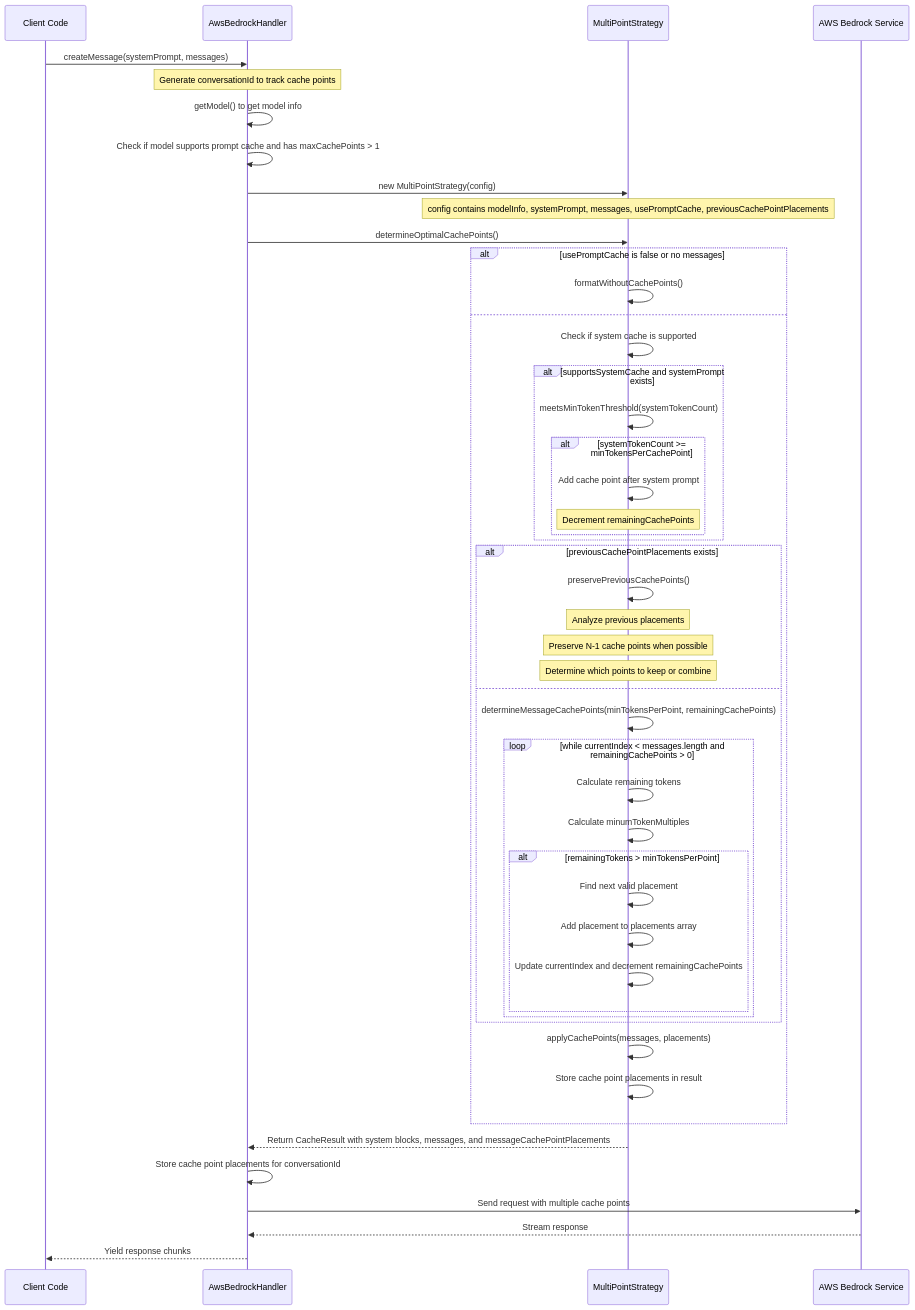
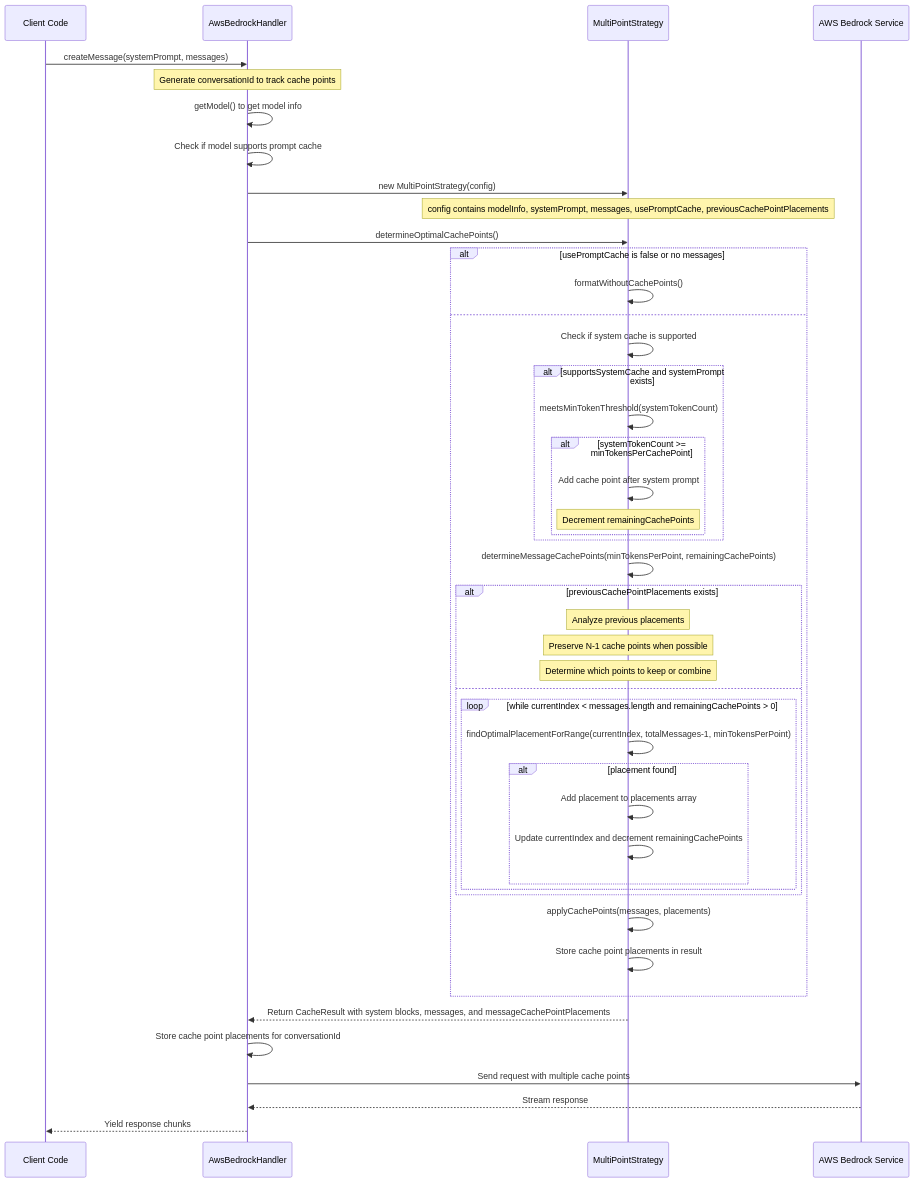
The second of 2 diagrams in cline_docs/bedrock-cache-strategy-documentation.md (Smartsheet-JB-Brown/Roo-Code), drawn with Mermaid before and after one commit. The commit also changed other lines of this file and 3 other files, not shown here.

Commit message:
simplified initial cachePoint logic

````diff
--- a/cline_docs/bedrock-cache-strategy-documentation.md
+++ b/cline_docs/bedrock-cache-strategy-documentation.md
@@ -157,57 +87,54 @@
 ```mermaid
 sequenceDiagram
     participant Client as Client Code
     participant Bedrock as AwsBedrockHandler
     participant Strategy as MultiPointStrategy
     participant AWS as AWS Bedrock Service
 
     Client->>Bedrock: createMessage(systemPrompt, messages)
     Note over Bedrock: Generate conversationId to track cache points
     Bedrock->>Bedrock: getModel() to get model info
-    Bedrock->>Bedrock: Check if model supports prompt cache and has maxCachePoints > 1
+    Bedrock->>Bedrock: Check if model supports prompt cache
 
     Bedrock->>Strategy: new MultiPointStrategy(config)
     Note over Strategy: config contains modelInfo, systemPrompt, messages, usePromptCache, previousCachePointPlacements
 
     Bedrock->>Strategy: determineOptimalCachePoints()
 
     alt usePromptCache is false or no messages
         Strategy->>Strategy: formatWithoutCachePoints()
     else
         Strategy->>Strategy: Check if system cache is supported
         alt supportsSystemCache and systemPrompt exists
             Strategy->>Strategy: meetsMinTokenThreshold(systemTokenCount)
             alt systemTokenCount >= minTokensPerCachePoint
                 Strategy->>Strategy: Add cache point after system prompt
                 Note over Strategy: Decrement remainingCachePoints
             end
         end
 
+        Strategy->>Strategy: determineMessageCachePoints(minTokensPerPoint, remainingCachePoints)
         alt previousCachePointPlacements exists
-            Strategy->>Strategy: preservePreviousCachePoints()
             Note over Strategy: Analyze previous placements
             Note over Strategy: Preserve N-1 cache points when possible
             Note over Strategy: Determine which points to keep or combine
         else
-            Strategy->>Strategy: determineMessageCachePoints(minTokensPerPoint, remainingCachePoints)
             loop while currentIndex < messages.length and remainingCachePoints > 0
-                Strategy->>Strategy: Calculate remaining tokens
-                Strategy->>Strategy: Calculate minumTokenMultiples
-                alt remainingTokens > minTokensPerPoint
-                    Strategy->>Strategy: Find next valid placement
+                Strategy->>Strategy: findOptimalPlacementForRange(currentIndex, totalMessages-1, minTokensPerPoint)
+                alt placement found
                     Strategy->>Strategy: Add placement to placements array
                     Strategy->>Strategy: Update currentIndex and decrement remainingCachePoints
                 end
             end
         end
         Strategy->>Strategy: applyCachePoints(messages, placements)
         Strategy->>Strategy: Store cache point placements in result
     end
 
     Strategy-->>Bedrock: Return CacheResult with system blocks, messages, and messageCachePointPlacements
 
     Bedrock->>Bedrock: Store cache point placements for conversationId
     Bedrock->>AWS: Send request with multiple cache points
     AWS-->>Bedrock: Stream response
     Bedrock-->>Client: Yield response chunks
 ```
````
